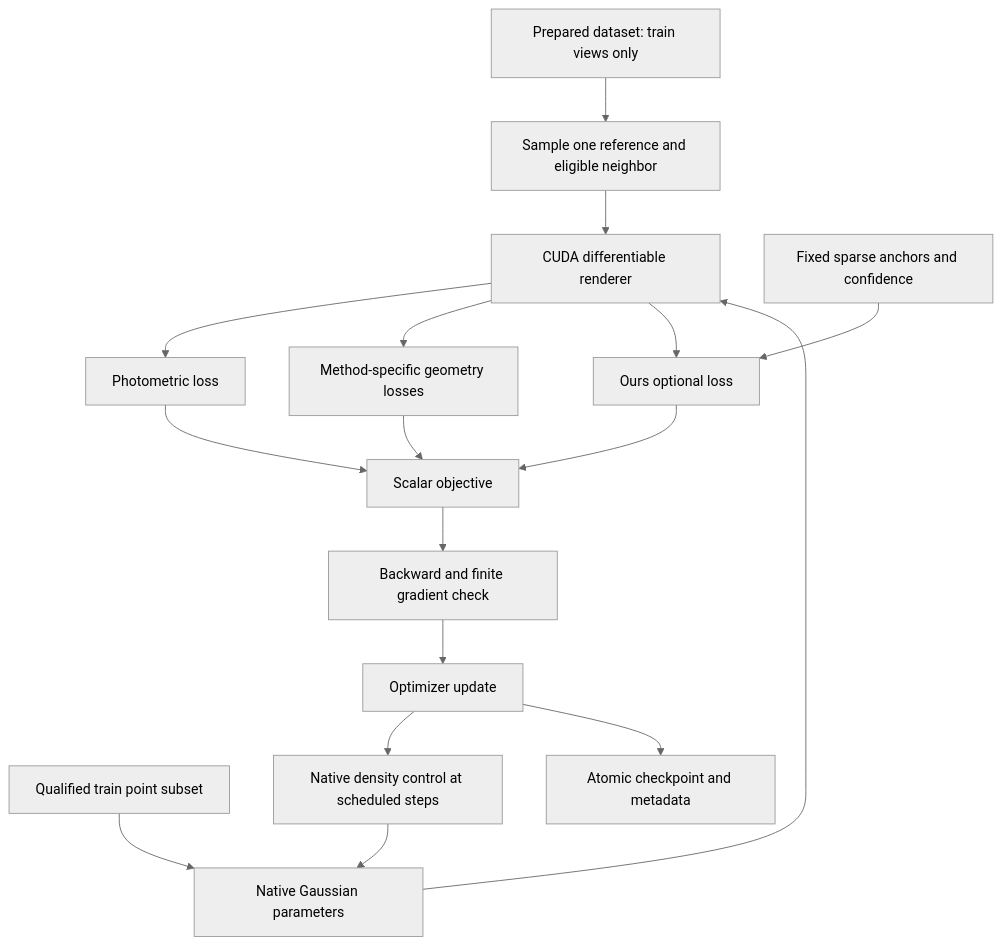
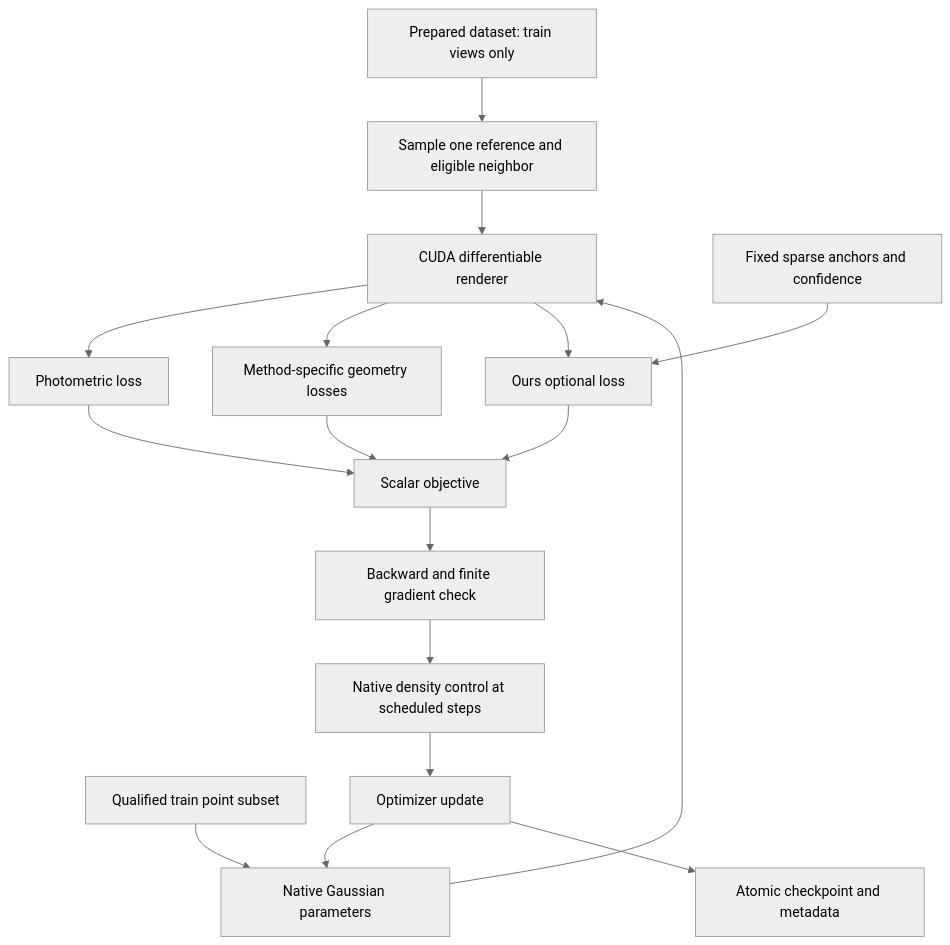
The diagram in docs/architecture/training_architecture.md (khanhhuyen-ops/3dgs-reconstruction), drawn with Mermaid (neutral theme) before and after one commit. The commit also changed other lines of this file and 17 other files, not shown here.

````diff
--- a/docs/architecture/training_architecture.md
+++ b/docs/architecture/training_architecture.md
@@ -7,19 +9,19 @@
 ```mermaid
 flowchart TD
   D[Prepared dataset: train views only] --> V[Sample one reference and eligible neighbor]
   P[Qualified train point subset] --> G[Native Gaussian parameters]
   G --> R[CUDA differentiable renderer]
   V --> R
   R --> RGB[Photometric loss]
   R --> GE[Method-specific geometry losses]
   A[Fixed sparse anchors and confidence] --> AN[Ours optional loss]
   R --> AN
   RGB --> L[Scalar objective]
   GE --> L
   AN --> L
   L --> B[Backward and finite gradient check]
-  B --> O[Optimizer update]
-  O --> ADC[Native density control at scheduled steps]
-  ADC --> G
+  B --> ADC[Native density control at scheduled steps]
+  ADC --> O[Optimizer update]
+  O --> G
   O --> C[Atomic checkpoint and metadata]
 ```
````
